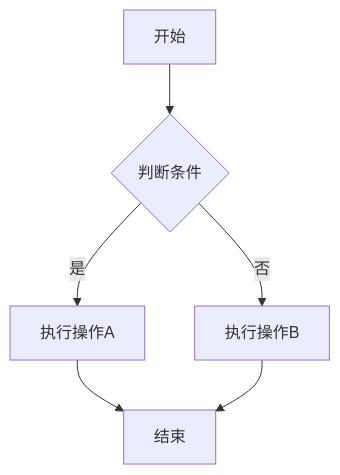
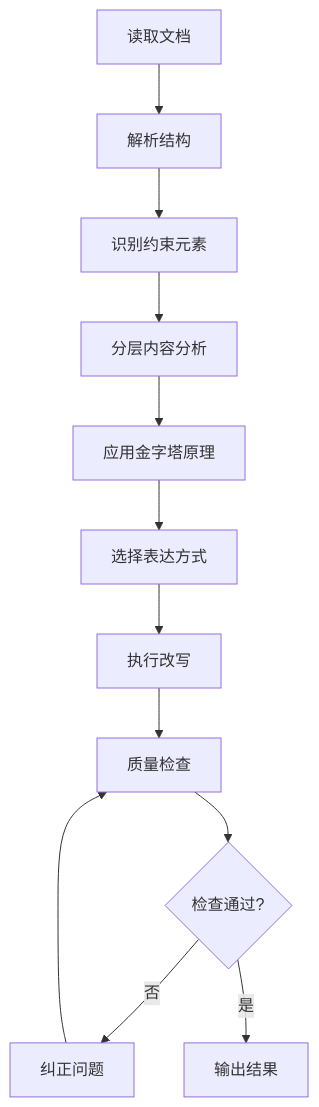
The second of 3 diagrams in pyramid/commands/md-pyramid-rewrite.md (fangkun119/claude-code-skills), drawn with Mermaid before and after one commit. The commit also changed other lines of this file and 5 other files, not shown here.

````diff
--- a/pyramid/commands/md-pyramid-rewrite.md
+++ b/pyramid/commands/md-pyramid-rewrite.md
@@ -108,8 +783,14 @@
-  ```mermaid
-  graph TD
-    A[开始] --> B{判断条件}
-    B -->|是| C[执行操作A]
-    B -->|否| D[执行操作B]
-    C --> E[结束]
-    D --> E
-  ```
+```mermaid
+flowchart TD
+    A[读取文档] --> B[解析结构]
+    B --> C[识别约束元素]
+    C --> D[分层内容分析]
+    D --> E[应用金字塔原理]
+    E --> F[选择表达方式]
+    F --> G[执行改写]
+    G --> H[质量检查]
+    H --> I{检查通过?}
+    I -->|否| J[纠正问题]
+    J --> H
+    I -->|是| K[输出结果]
+```
````
